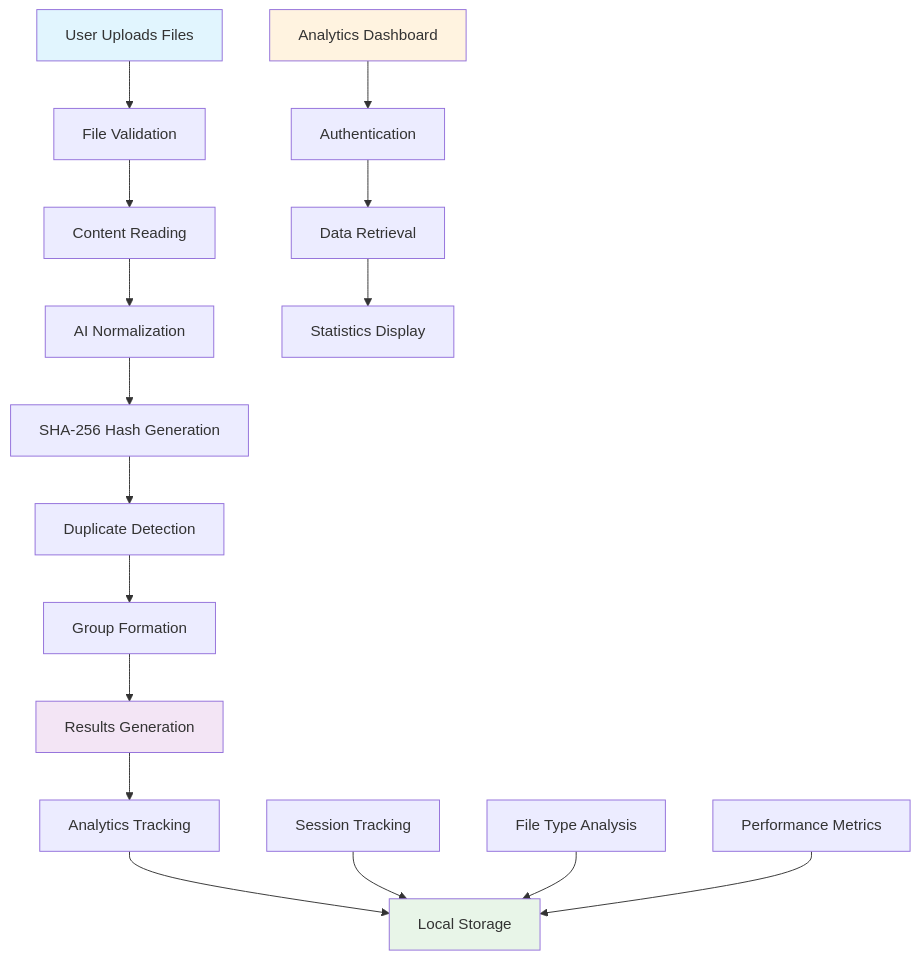
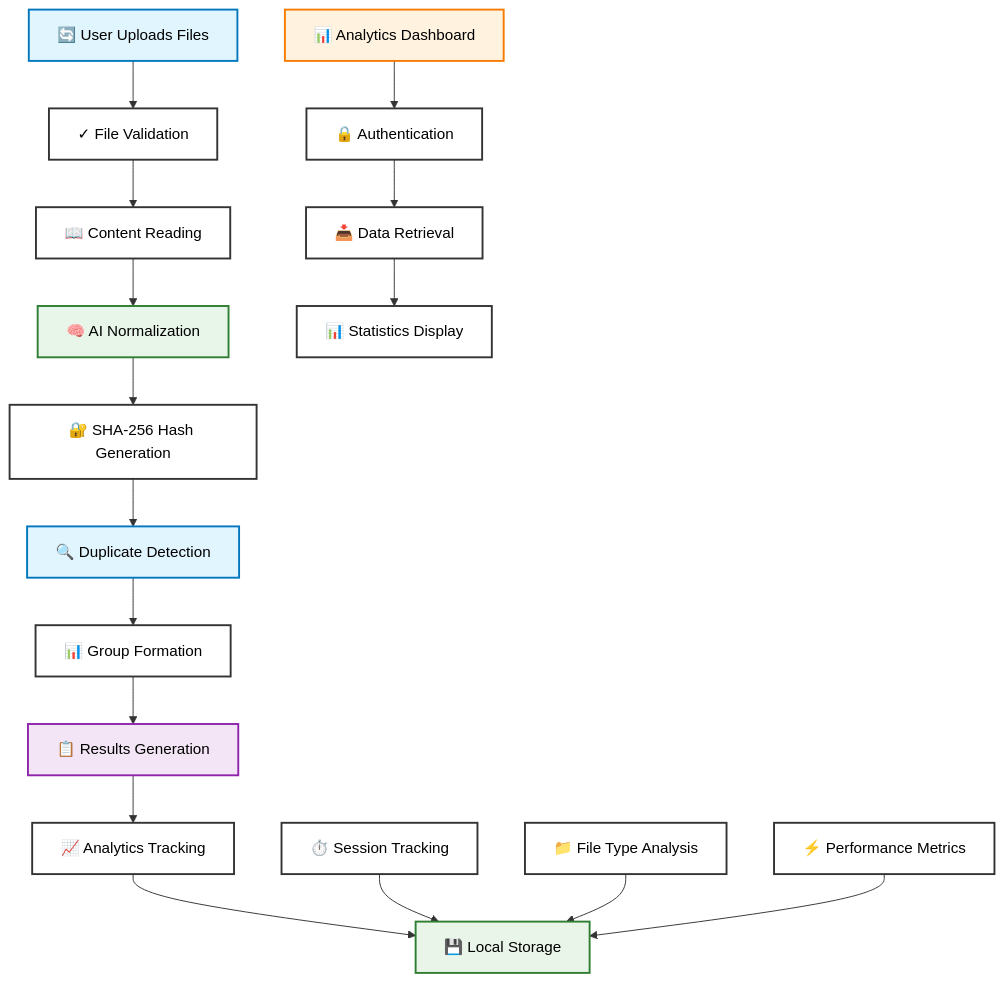
Before and after one commit to VSaini11/Duplicate-File-Finder---Web-app: the second of 5 diagrams in README.md, drawn with Mermaid. The commit also changed other lines of this file, not shown here.

````diff
--- a/README.md
+++ b/README.md
@@ -147,25 +147,42 @@
 ```mermaid
 flowchart TD
-    A[User Uploads Files] --> B[File Validation]
-    B --> C[Content Reading]
-    C --> D[AI Normalization]
-    D --> E[SHA-256 Hash Generation]
-    E --> F[Duplicate Detection]
-    F --> G[Group Formation]
-    G --> H[Results Generation]
-    H --> I[Analytics Tracking]
-    I --> J[Local Storage]
+    %% Main Flow
+    A["🔄 User Uploads Files"] --> B["✓ File Validation"]
+    B --> C["📖 Content Reading"]
+    C --> D["🧠 AI Normalization"]
+    D --> E["🔐 SHA-256 Hash Generation"]
+    E --> F["🔍 Duplicate Detection"]
+    F --> G["📊 Group Formation"]
+    G --> H["📋 Results Generation"]
+    H --> I["📈 Analytics Tracking"]
+    I --> J["💾 Local Storage"]
     
-    K[Analytics Dashboard] --> L[Authentication]
-    L --> M[Data Retrieval]
-    M --> N[Statistics Display]
+    %% Analytics Flow
+    K["📊 Analytics Dashboard"] --> L["🔒 Authentication"]
+    L --> M["📥 Data Retrieval"]
+    M --> N["📊 Statistics Display"]
     
-    O[Session Tracking] --> J
-    P[File Type Analysis] --> J
-    Q[Performance Metrics] --> J
+    %% Additional Tracking
+    O["⏱️ Session Tracking"] --> J
+    P["📁 File Type Analysis"] --> J
+    Q["⚡ Performance Metrics"] --> J
     
-    style A fill:#e1f5fe
-    style H fill:#f3e5f5
-    style J fill:#e8f5e8
-    style K fill:#fff3e0
+    %% Styling for better visibility
+    style A fill:#e1f5fe,stroke:#0277bd,stroke-width:2px,color:#000000
+    style B fill:#fff,stroke:#333,stroke-width:2px,color:#000000
+    style C fill:#fff,stroke:#333,stroke-width:2px,color:#000000
+    style D fill:#e8f5e9,stroke:#2e7d32,stroke-width:2px,color:#000000
+    style E fill:#fff,stroke:#333,stroke-width:2px,color:#000000
+    style F fill:#e1f5fe,stroke:#0277bd,stroke-width:2px,color:#000000
+    style G fill:#fff,stroke:#333,stroke-width:2px,color:#000000
+    style H fill:#f3e5f5,stroke:#8e24aa,stroke-width:2px,color:#000000
+    style I fill:#fff,stroke:#333,stroke-width:2px,color:#000000
+    style J fill:#e8f5e8,stroke:#2e7d32,stroke-width:2px,color:#000000
+    style K fill:#fff3e0,stroke:#f57c00,stroke-width:2px,color:#000000
+    style L fill:#fff,stroke:#333,stroke-width:2px,color:#000000
+    style M fill:#fff,stroke:#333,stroke-width:2px,color:#000000
+    style N fill:#fff,stroke:#333,stroke-width:2px,color:#000000
+    style O fill:#fff,stroke:#333,stroke-width:2px,color:#000000
+    style P fill:#fff,stroke:#333,stroke-width:2px,color:#000000
+    style Q fill:#fff,stroke:#333,stroke-width:2px,color:#000000
 ```
````
